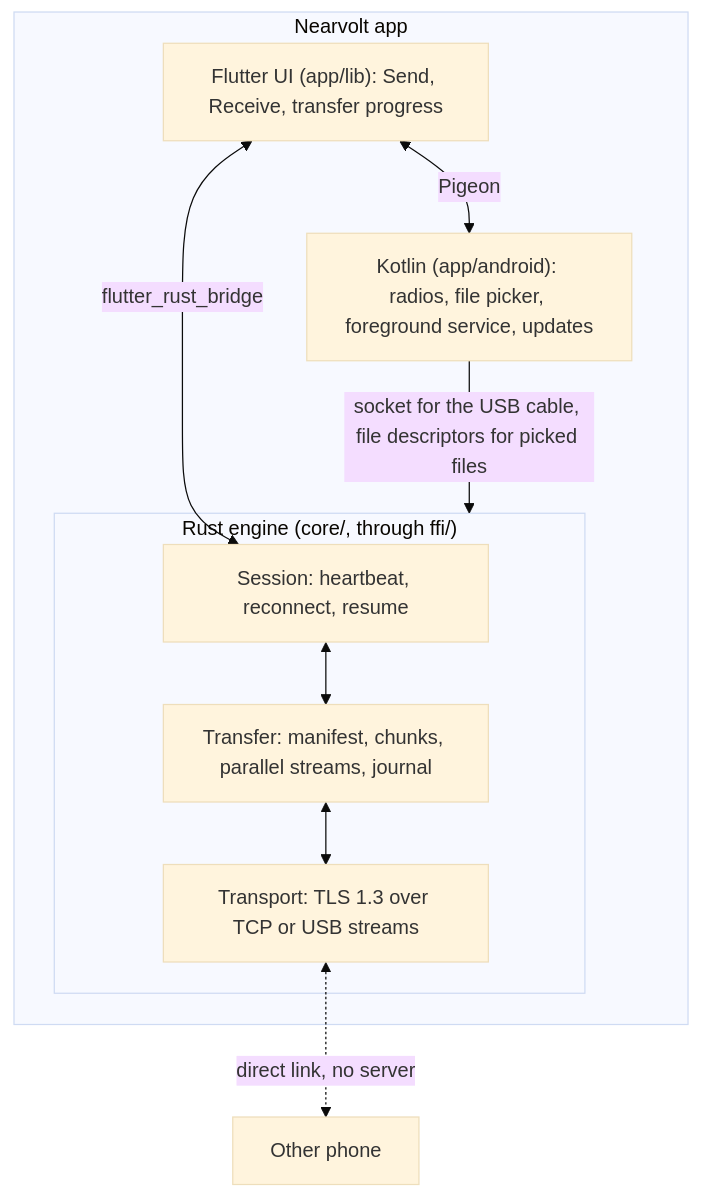
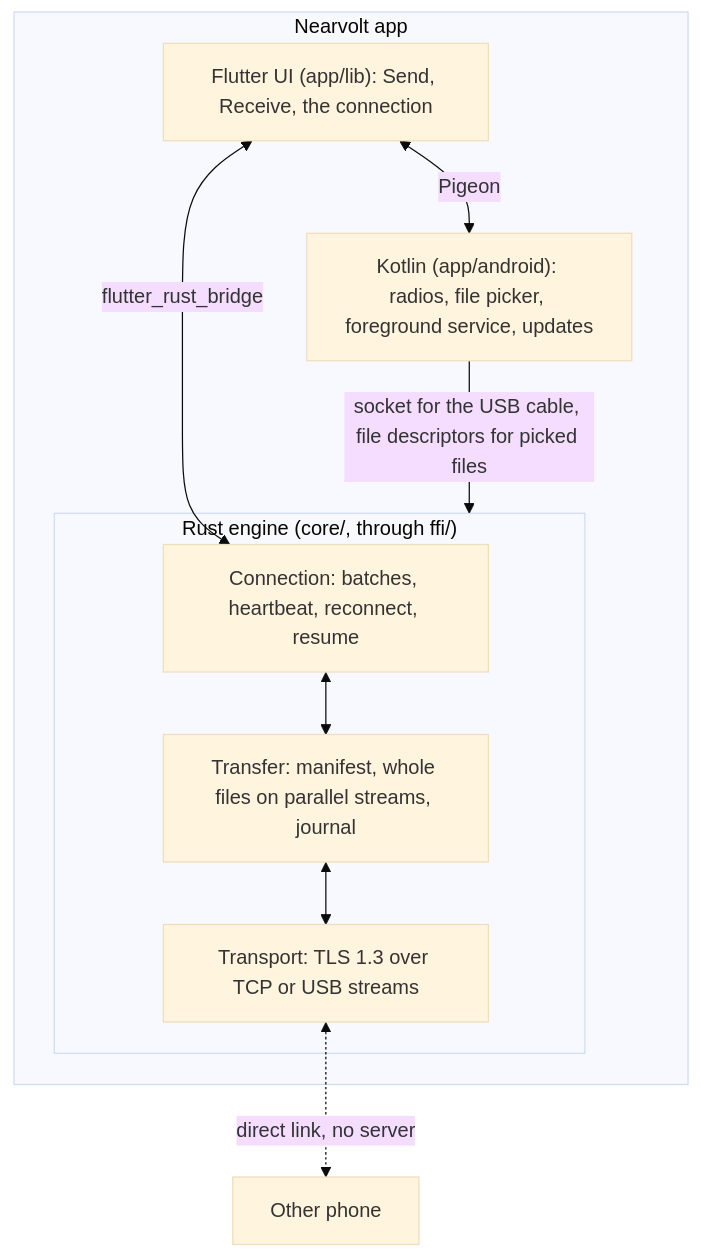
Before and after one commit to vishalpa8/Nearvolt: the first of 3 diagrams in docs/architecture.md, drawn with Mermaid (base theme). The commit also changed other lines of this file and 45 other files, not shown here.

````diff
--- a/docs/architecture.md
+++ b/docs/architecture.md
@@ -17,18 +18,18 @@
 ```mermaid
 flowchart TB
     subgraph App["Nearvolt app"]
-        UI["Flutter UI (app/lib): Send, Receive, transfer progress"]
+        UI["Flutter UI (app/lib): Send, Receive, the connection"]
         subgraph Core["Rust engine (core/, through ffi/)"]
-            Session["Session: heartbeat, reconnect, resume"]
-            Engine["Transfer: manifest, chunks, parallel streams, journal"]
+            Session["Connection: batches, heartbeat, reconnect, resume"]
+            Engine["Transfer: manifest, whole files on parallel streams, journal"]
             Transport["Transport: TLS 1.3 over TCP or USB streams"]
         end
         Platform["Kotlin (app/android): radios, file picker, foreground service, updates"]
     end
     UI <-->|flutter_rust_bridge| Session
     UI <-->|Pigeon| Platform
     Session <--> Engine
     Engine <--> Transport
     Platform -->|"socket for the USB cable, file descriptors for picked files"| Core
     Transport <-.->|"direct link, no server"| Other["Other phone"]
 ```
````
